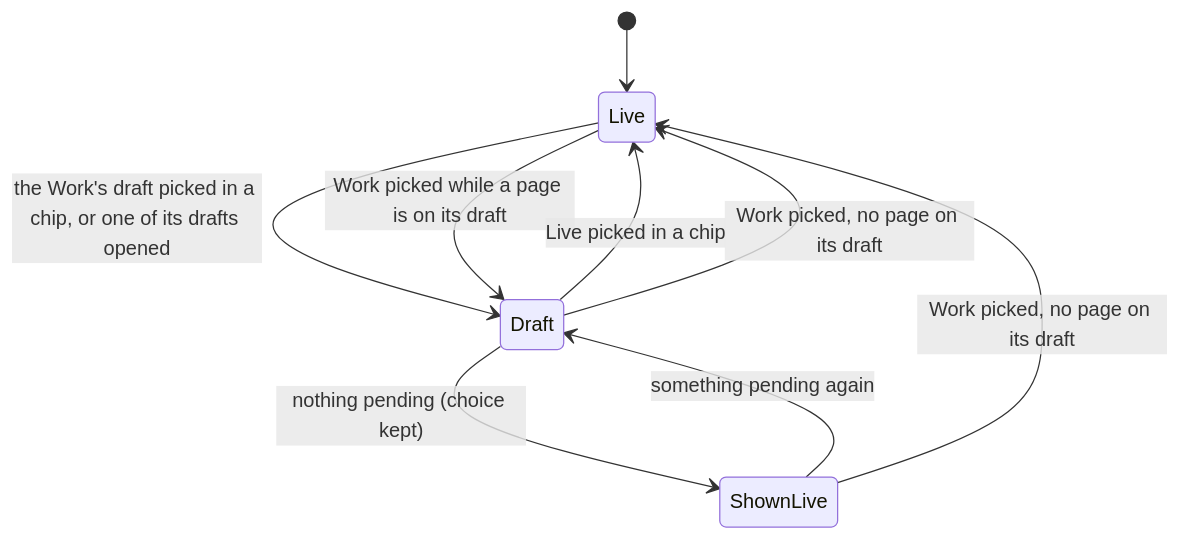
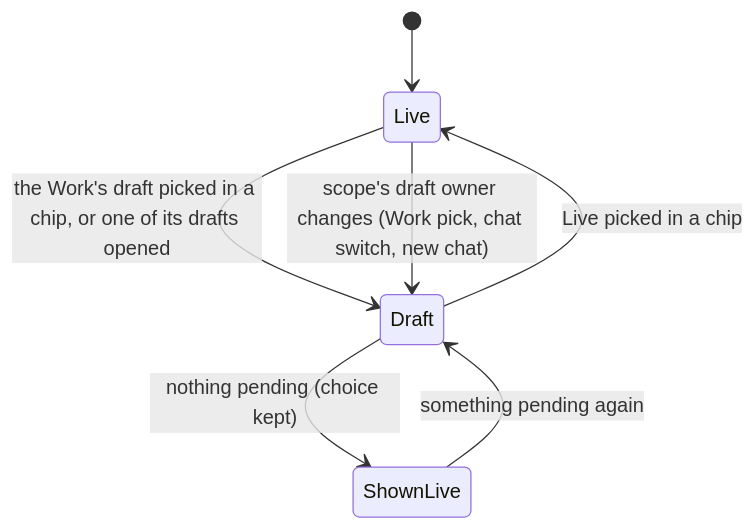
The diagram in apps/app/src/features/project/.context/tree-version-state-machine.md (haowjy/meridian-flow), drawn with Mermaid before and after one commit. The commit also changed other lines of this file and 5 other files, not shown here.

First line of the commit message:
fix(app): a scope shows its own draft; offline words survive a remote Discard

````diff
--- a/apps/app/src/features/project/.context/tree-version-state-machine.md
+++ b/apps/app/src/features/project/.context/tree-version-state-machine.md
@@ -23,11 +23,9 @@
 ```mermaid
 stateDiagram-v2
     [*] --> Live
     Live --> Draft: the Work's draft picked in a chip, or one of its drafts opened
-    Live --> Draft: Work picked while a page is on its draft
+    Live --> Draft: scope's draft owner changes (Work pick, chat switch, new chat)
     Draft --> Live: Live picked in a chip
-    Draft --> Live: Work picked, no page on its draft
     Draft --> ShownLive: nothing pending (choice kept)
     ShownLive --> Draft: something pending again
-    ShownLive --> Live: Work picked, no page on its draft
 ```
````
